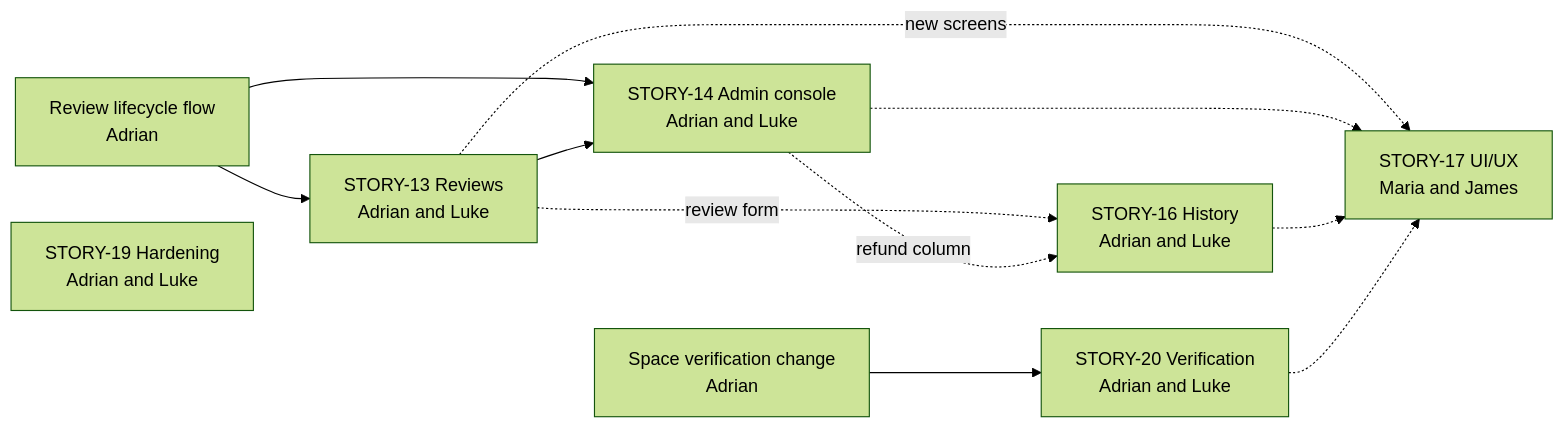
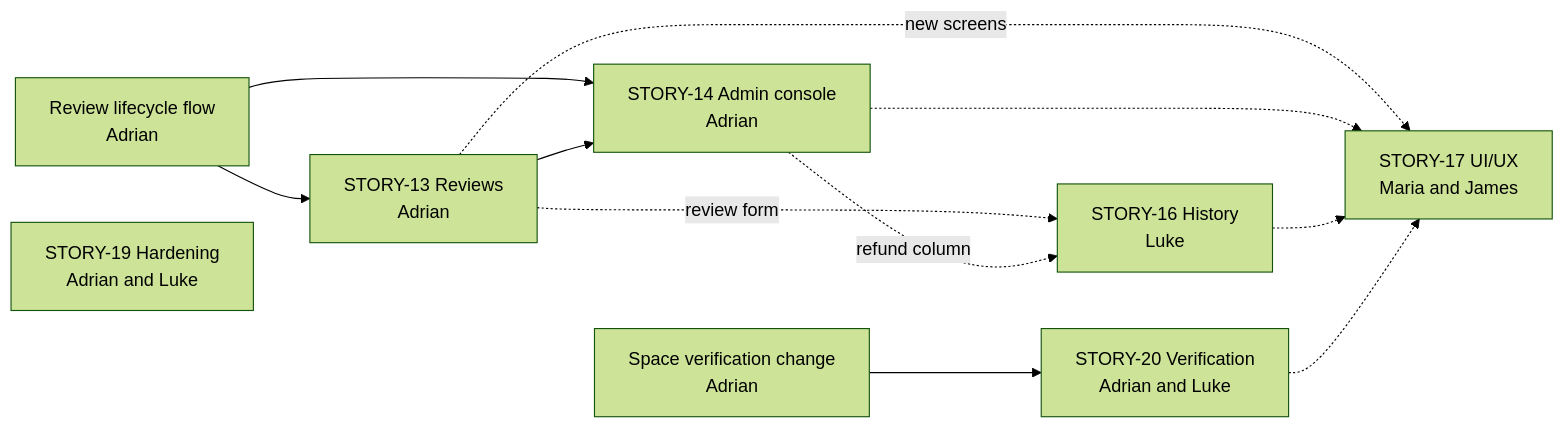
One commit to dreeyanzz/studyhub changed the diagram in docs/SPRINT-3.md. Above: the diagram before and after it, drawn with Mermaid (forest theme). The commit also changed other lines of this file and 9 other files, not shown here.

First line of the commit message:
docs(STORY-00): give STORY-13 and STORY-14 to Adrian and STORY-16 to Luke (#370)

````diff
--- a/docs/SPRINT-3.md
+++ b/docs/SPRINT-3.md
@@ -101,14 +102,14 @@
 ```mermaid
 flowchart LR
-    F1["Review lifecycle flow<br/>Adrian"] --> S13["STORY-13 Reviews<br/>Adrian and Luke"]
-    F1 --> S14["STORY-14 Admin console<br/>Adrian and Luke"]
+    F1["Review lifecycle flow<br/>Adrian"] --> S13["STORY-13 Reviews<br/>Adrian"]
+    F1 --> S14["STORY-14 Admin console<br/>Adrian"]
     S13 --> S14
-    S13 -. review form .-> S16["STORY-16 History<br/>Adrian and Luke"]
+    S13 -. review form .-> S16["STORY-16 History<br/>Luke"]
     S14 -. refund column .-> S16
     F2["Space verification change<br/>Adrian"] --> S20["STORY-20 Verification<br/>Adrian and Luke"]
     S13 -. new screens .-> S17["STORY-17 UI/UX<br/>Maria and James"]
     S14 -.-> S17
     S16 -.-> S17
     S20 -.-> S17
     S19["STORY-19 Hardening<br/>Adrian and Luke"]
 ```
````
